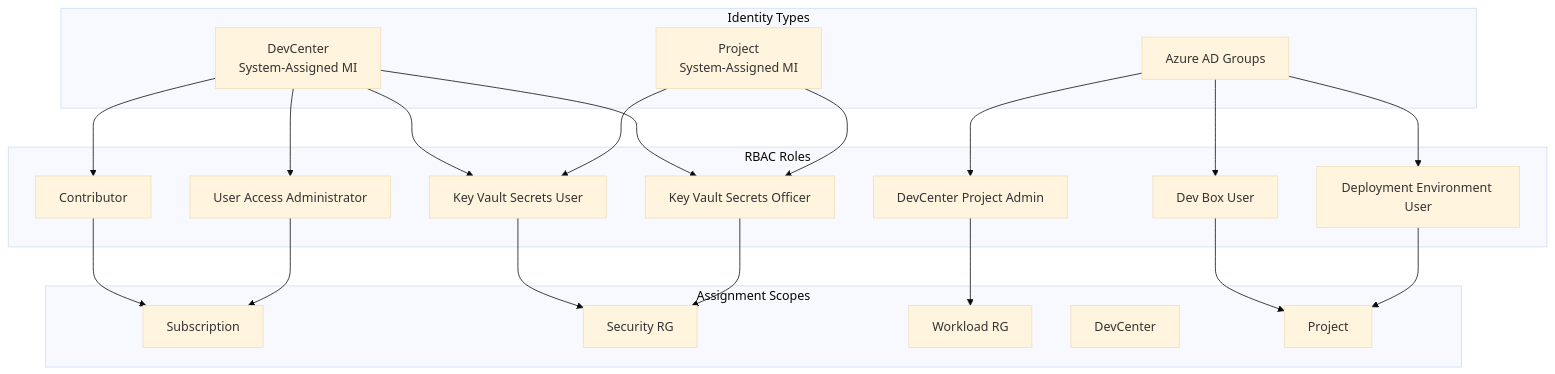
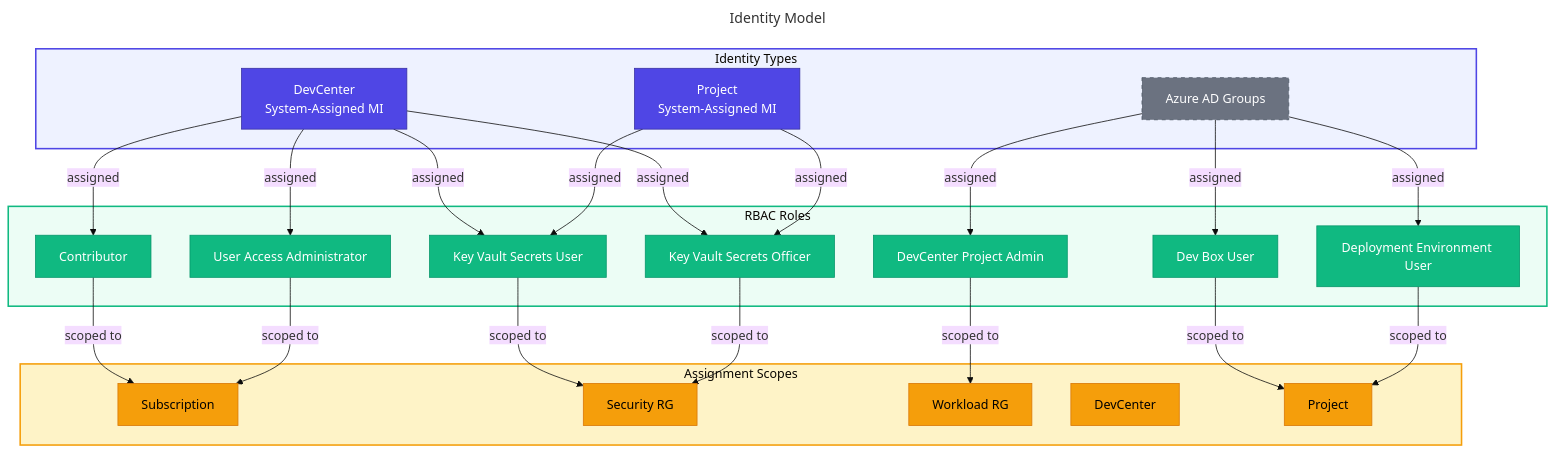
The fifth of 14 diagrams in docs/architecture/04-technology-architecture.md (Evilazaro/DevExp-DevBox), drawn with Mermaid (base theme) before and after one commit. The commit also changed other lines of this file, not shown here.

Commit message:
Refactor identity and role diagrams to enhance clarity and detail in the technology architecture documentation

````diff
--- a/docs/architecture/04-technology-architecture.md
+++ b/docs/architecture/04-technology-architecture.md
@@ -467,46 +467,70 @@
 ```mermaid
+---
+title: Identity Model
+---
 flowchart TB
+    %% ===== STYLE DEFINITIONS =====
+    classDef primary fill:#4F46E5,stroke:#3730A3,color:#FFFFFF
+    classDef secondary fill:#10B981,stroke:#059669,color:#FFFFFF
+    classDef datastore fill:#F59E0B,stroke:#D97706,color:#000000
+    classDef external fill:#6B7280,stroke:#4B5563,color:#FFFFFF,stroke-dasharray:5 5
+
+    %% ===== IDENTITIES =====
     subgraph Identities["Identity Types"]
-        SI_DC[DevCenter<br/>System-Assigned MI]
-        SI_PROJ[Project<br/>System-Assigned MI]
-        ADG[Azure AD Groups]
+        SI_DC["DevCenter<br/>System-Assigned MI"]
+        SI_PROJ["Project<br/>System-Assigned MI"]
+        ADG["Azure AD Groups"]
     end
 
+    %% ===== ROLES =====
     subgraph Roles["RBAC Roles"]
-        R1[Contributor]
-        R2[User Access Administrator]
-        R3[Key Vault Secrets User]
-        R4[Key Vault Secrets Officer]
-        R5[DevCenter Project Admin]
-        R6[Dev Box User]
-        R7[Deployment Environment User]
+        R1["Contributor"]
+        R2["User Access Administrator"]
+        R3["Key Vault Secrets User"]
+        R4["Key Vault Secrets Officer"]
+        R5["DevCenter Project Admin"]
+        R6["Dev Box User"]
+        R7["Deployment Environment User"]
     end
 
+    %% ===== SCOPES =====
     subgraph Scopes["Assignment Scopes"]
-        SUB[Subscription]
-        RG_SEC[Security RG]
-        RG_WRK[Workload RG]
-        DC[DevCenter]
-        PROJ[Project]
+        SUB["Subscription"]
+        RG_SEC["Security RG"]
+        RG_WRK["Workload RG"]
+        DC["DevCenter"]
+        PROJ["Project"]
     end
 
-    SI_DC --> R1
-    SI_DC --> R2
-    SI_DC --> R3
-    SI_DC --> R4
+    %% ===== CONNECTIONS =====
+    SI_DC -->|"assigned"| R1
+    SI_DC -->|"assigned"| R2
+    SI_DC -->|"assigned"| R3
+    SI_DC -->|"assigned"| R4
 
-    SI_PROJ --> R3
-    SI_PROJ --> R4
+    SI_PROJ -->|"assigned"| R3
+    SI_PROJ -->|"assigned"| R4
 
-    ADG --> R5
-    ADG --> R6
-    ADG --> R7
+    ADG -->|"assigned"| R5
+    ADG -->|"assigned"| R6
+    ADG -->|"assigned"| R7
 
-    R1 --> SUB
-    R2 --> SUB
-    R3 --> RG_SEC
-    R4 --> RG_SEC
-    R5 --> RG_WRK
-    R6 --> PROJ
-    R7 --> PROJ
+    R1 -->|"scoped to"| SUB
+    R2 -->|"scoped to"| SUB
+    R3 -->|"scoped to"| RG_SEC
+    R4 -->|"scoped to"| RG_SEC
+    R5 -->|"scoped to"| RG_WRK
+    R6 -->|"scoped to"| PROJ
+    R7 -->|"scoped to"| PROJ
+
+    %% ===== APPLY STYLES =====
+    class SI_DC,SI_PROJ primary
+    class ADG external
+    class R1,R2,R3,R4,R5,R6,R7 secondary
+    class SUB,RG_SEC,RG_WRK,DC,PROJ datastore
+
+    %% ===== SUBGRAPH STYLING =====
+    style Identities fill:#EEF2FF,stroke:#4F46E5,stroke-width:2px
+    style Roles fill:#ECFDF5,stroke:#10B981,stroke-width:2px
+    style Scopes fill:#FEF3C7,stroke:#F59E0B,stroke-width:2px
 ```
````
